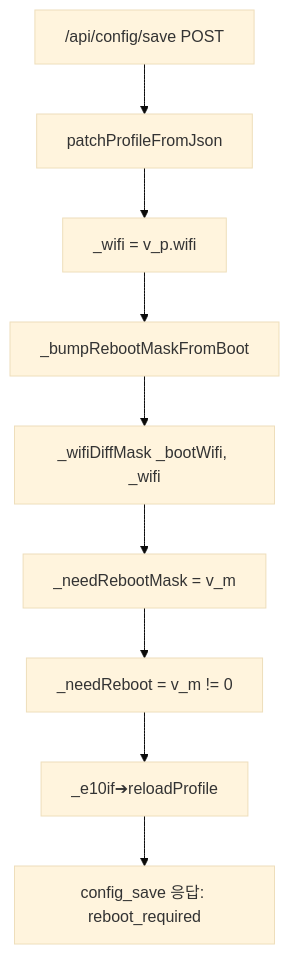
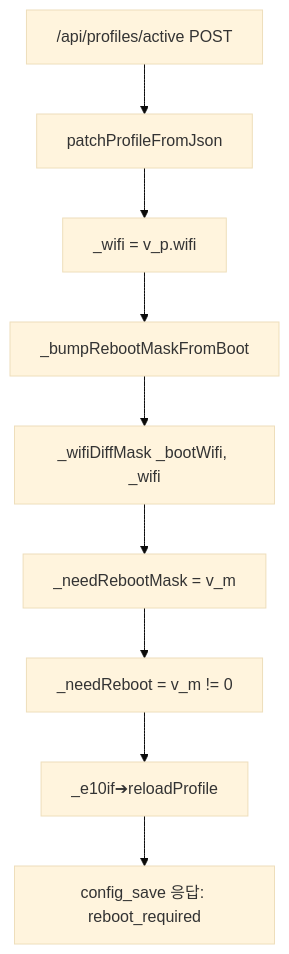
Before and after one commit to hosanglee-kr/esp32_AirMouse_002: the tenth of 16 diagrams in src/v0415/docs_v0415/contract_doc/FLOW_0415.md, drawn with Mermaid (base theme). The commit also changed other lines of this file and 9 other files, not shown here.

````diff
--- a/src/v0415/docs_v0415/contract_doc/FLOW_0415.md
+++ b/src/v0415/docs_v0415/contract_doc/FLOW_0415.md
@@ -454,11 +454,11 @@
 ```mermaid
 flowchart TD
-    Save["/api/config/save POST"] --> Patch["patchProfileFromJson"]
+    Save["/api/profiles/active POST"] --> Patch["patchProfileFromJson"]
     Patch --> LocalCache["_wifi = v_p.wifi"]
     LocalCache --> BumpReboot["_bumpRebootMaskFromBoot"]
     BumpReboot --> Compare["_wifiDiffMask _bootWifi, _wifi"]
     Compare --> MaskSet["_needRebootMask = v_m"]
     MaskSet --> FlagSet["_needReboot = v_m != 0"]
     FlagSet --> ReloadE10["_e10if➔reloadProfile"]
     ReloadE10 --> Response["config_save 응답: reboot_required"]
 ```
````
